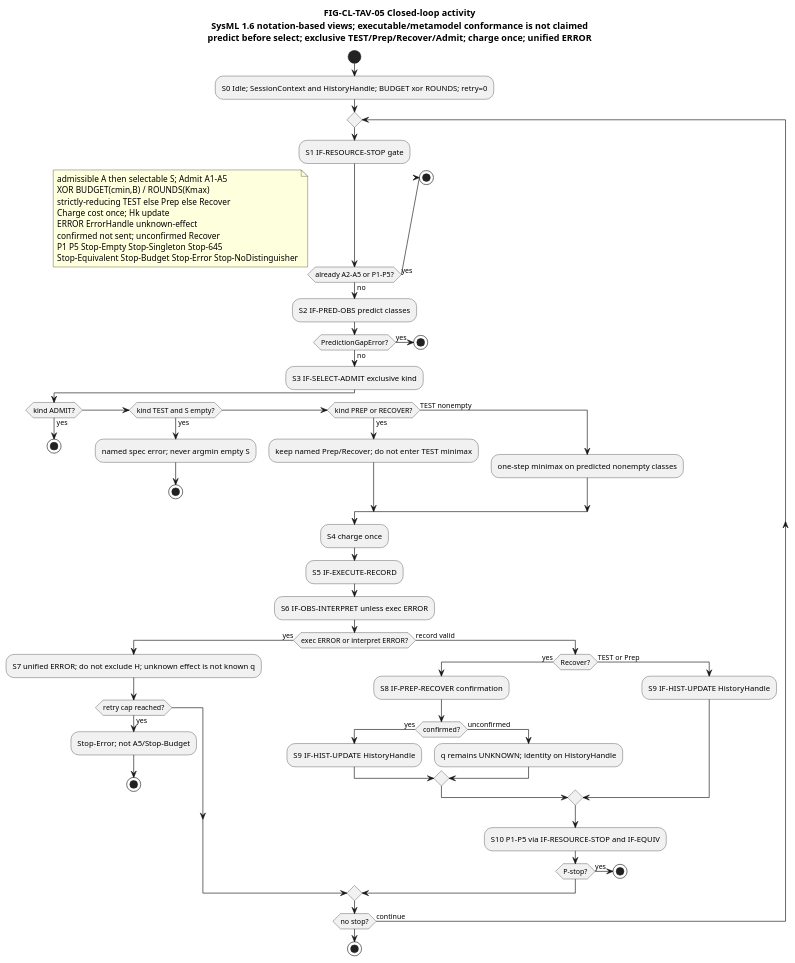
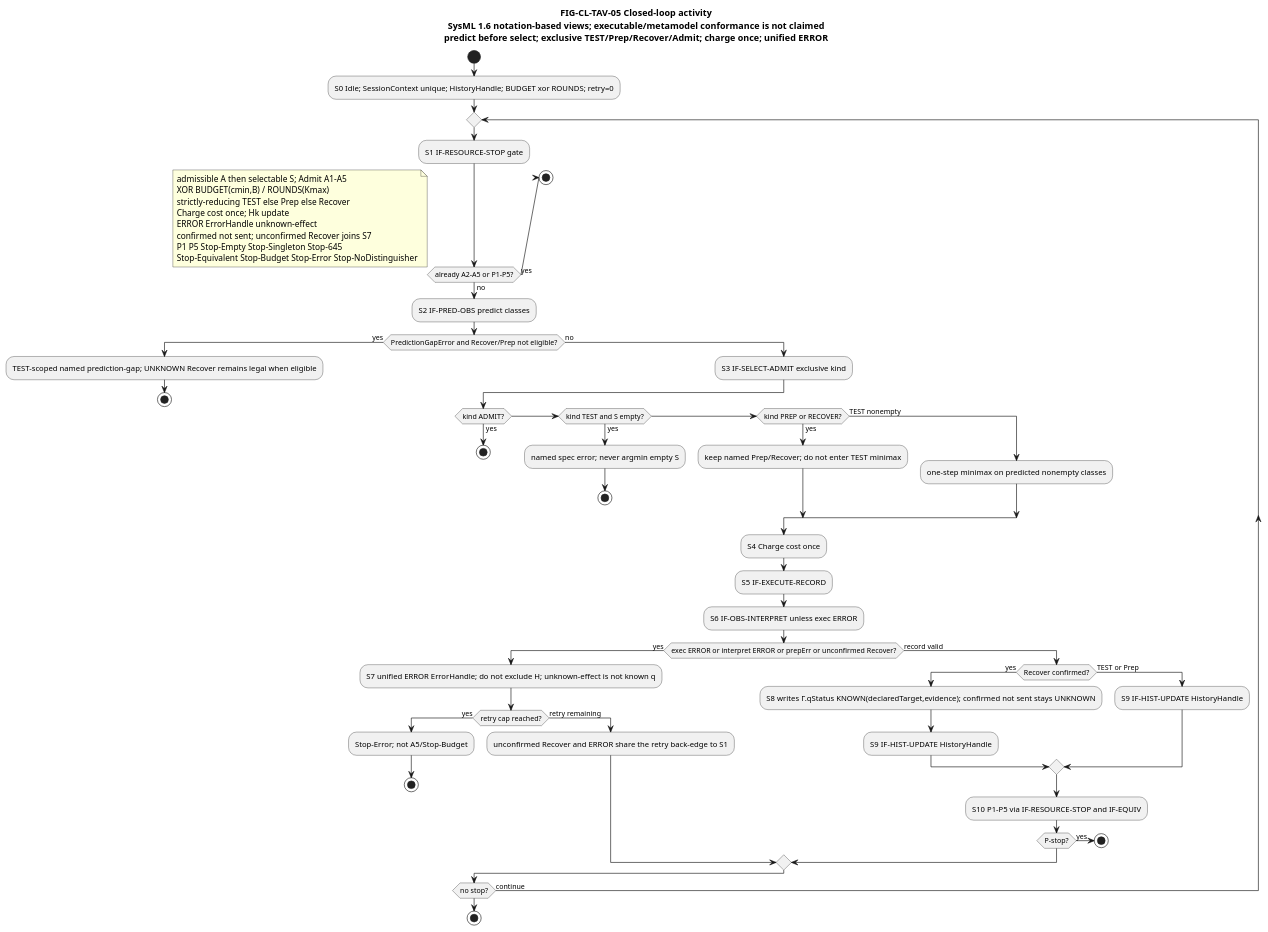
Before and after one commit to ZhangChi0727/arinc-615a-conformance: the diagram in docs/research/publication/models/FIG-CL-TAV-05-closed-loop-activity.puml, drawn with PlantUML. The commit also changed 14 other files, not shown here.

Commit message:
spec: close Recover retry state and remaining 645 source units

```diff
--- a/docs/research/publication/models/FIG-CL-TAV-05-closed-loop-activity.puml
+++ b/docs/research/publication/models/FIG-CL-TAV-05-closed-loop-activity.puml
@@ -1,66 +1,65 @@
 @startuml FIG-CL-TAV-05
 skinparam shadowing false
 title FIG-CL-TAV-05 Closed-loop activity\nSysML 1.6 notation-based views; executable/metamodel conformance is not claimed\npredict before select; exclusive TEST/Prep/Recover/Admit; charge once; unified ERROR
 
 start
-:S0 Idle; SessionContext and HistoryHandle; BUDGET xor ROUNDS; retry=0;
+:S0 Idle; SessionContext unique; HistoryHandle; BUDGET xor ROUNDS; retry=0;
 repeat
   :S1 IF-RESOURCE-STOP gate;
   if (already A2-A5 or P1-P5?) then (yes)
     stop
   else (no)
     :S2 IF-PRED-OBS predict classes;
-    if (PredictionGapError?) then (yes)
+    if (PredictionGapError and Recover/Prep not eligible?) then (yes)
+      :TEST-scoped named prediction-gap; UNKNOWN Recover remains legal when eligible;
       stop
     else (no)
       :S3 IF-SELECT-ADMIT exclusive kind;
       if (kind ADMIT?) then (yes)
         stop
       elseif (kind TEST and S empty?) then (yes)
         :named spec error; never argmin empty S;
         stop
       elseif (kind PREP or RECOVER?) then (yes)
         :keep named Prep/Recover; do not enter TEST minimax;
       else (TEST nonempty)
         :one-step minimax on predicted nonempty classes;
       endif
-      :S4 charge once;
+      :S4 Charge cost once;
       :S5 IF-EXECUTE-RECORD;
       :S6 IF-OBS-INTERPRET unless exec ERROR;
-      if (exec ERROR or interpret ERROR?) then (yes)
-        :S7 unified ERROR; do not exclude H; unknown effect is not known q;
+      if (exec ERROR or interpret ERROR or prepErr or unconfirmed Recover?) then (yes)
+        :S7 unified ERROR ErrorHandle; do not exclude H; unknown-effect is not known q;
         if (retry cap reached?) then (yes)
           :Stop-Error; not A5/Stop-Budget;
           stop
+        else (retry remaining)
+          :unconfirmed Recover and ERROR share the retry back-edge to S1;
         endif
       else (record valid)
-        if (Recover?) then (yes)
-          :S8 IF-PREP-RECOVER confirmation;
-          if (confirmed?) then (yes)
-            :S9 IF-HIST-UPDATE HistoryHandle;
-          else (unconfirmed)
-            :q remains UNKNOWN; identity on HistoryHandle;
-          endif
+        if (Recover confirmed?) then (yes)
+          :S8 writes Γ.qStatus KNOWN(declaredTarget,evidence); confirmed not sent stays UNKNOWN;
+          :S9 IF-HIST-UPDATE HistoryHandle;
         else (TEST or Prep)
           :S9 IF-HIST-UPDATE HistoryHandle;
         endif
         :S10 P1-P5 via IF-RESOURCE-STOP and IF-EQUIV;
         if (P-stop?) then (yes)
           stop
         endif
       endif
     endif
   endif
 repeat while (no stop?) is (continue)
 note right
   admissible A then selectable S; Admit A1-A5
   XOR BUDGET(cmin,B) / ROUNDS(Kmax)
   strictly-reducing TEST else Prep else Recover
   Charge cost once; Hk update
   ERROR ErrorHandle unknown-effect
-  confirmed not sent; unconfirmed Recover
+  confirmed not sent; unconfirmed Recover joins S7
   P1 P5 Stop-Empty Stop-Singleton Stop-645
   Stop-Equivalent Stop-Budget Stop-Error Stop-NoDistinguisher
 end note
 stop
 @enduml
```
